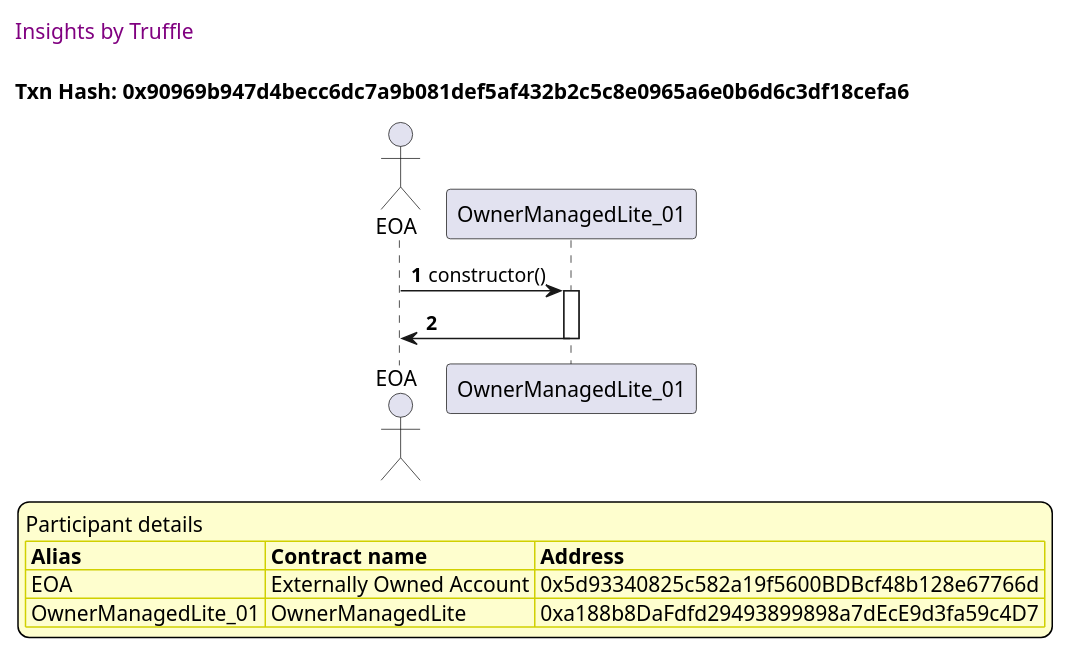
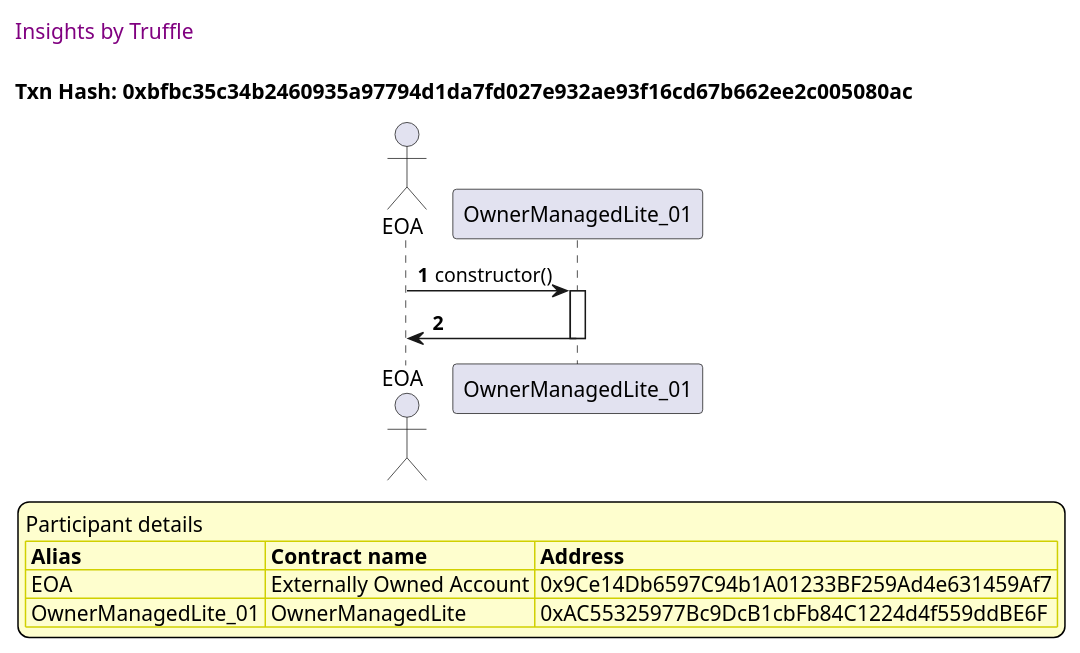
One commit to thedarkjester/ConsensysAssignment changed diagram 12 of 53 in truffle-seq/OwnerManagedLite_test_withdraw_and_fallback.md. Above: the diagram before and after it, drawn with PlantUML. The commit also changed other lines of this file and 13 other files, not shown here.

````diff
--- a/truffle-seq/OwnerManagedLite_test_withdraw_and_fallback.md
+++ b/truffle-seq/OwnerManagedLite_test_withdraw_and_fallback.md
@@ -510,37 +510,37 @@
 ```plantuml
 
 
 @startuml
 
 autonumber
 skinparam legendBackgroundColor #FEFECE
 
 <style>
       header {
         HorizontalAlignment left
         FontColor purple
         FontSize 14
         Padding 10
       }
     </style>
 
 header Insights by Truffle
 
-title Txn Hash: 0x90969b947d4becc6dc7a9b081def5af432b2c5c8e0965a6e0b6d6c3df18cefa6
+title Txn Hash: 0xbfbc35c34b2460935a97794d1da7fd027e932ae93f16cd67b662ee2c005080ac
 
 
 actor EOA as "EOA"
 participant OwnerManagedLite_01 as "OwnerManagedLite_01"
 
 "EOA" -> "OwnerManagedLite_01" ++: constructor()
 "OwnerManagedLite_01" -> "EOA" --: 
 
 legend
 Participant details
 <#FEFECE,#D0D000>|= Alias |= Contract name |= Address |
-<#FEFECE>| EOA | Externally Owned Account | 0x5d93340825c582a19f5600BDBcf48b128e67766d |
-<#FEFECE>| OwnerManagedLite_01 | OwnerManagedLite | 0xa188b8DaFdfd29493899898a7dEcE9d3fa59c4D7 |
+<#FEFECE>| EOA | Externally Owned Account | 0x9Ce14Db6597C94b1A01233BF259Ad4e631459Af7 |
+<#FEFECE>| OwnerManagedLite_01 | OwnerManagedLite | 0xAC55325977Bc9DcB1cbFb84C1224d4f559ddBE6F |
 endlegend
 
 @enduml
 ```
````
